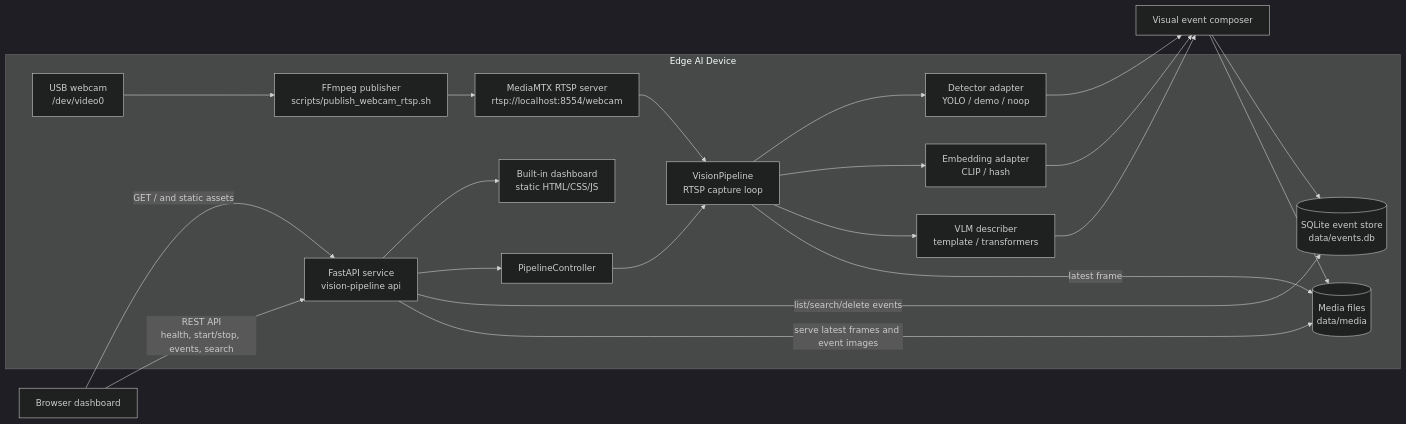
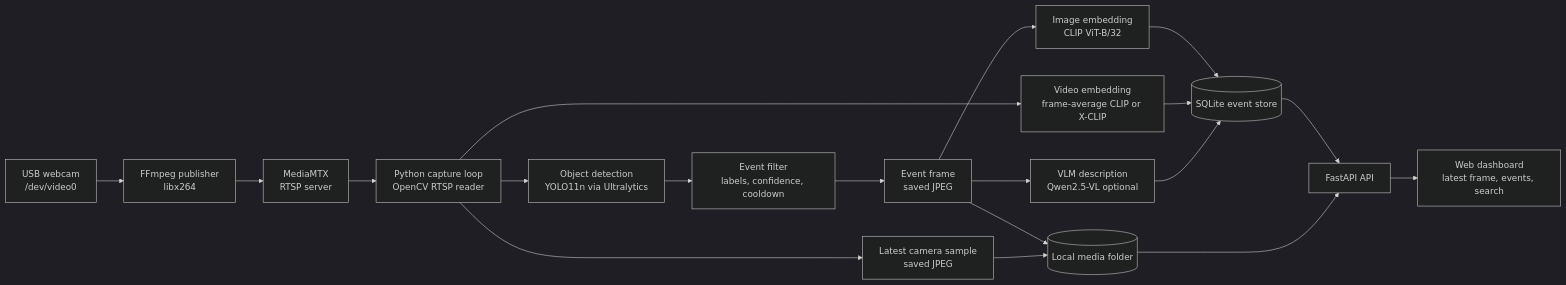
The diagram in README.md (litmosstest/edgeai-dx_visionpipeline), drawn with Mermaid (dark theme) before and after one commit. The commit also changed other lines of this file and 13 other files, not shown here.

Commit message:
Initial edge AI vision pipeline demo

````diff
--- a/README.md
+++ b/README.md
@@ -37,34 +11,26 @@
 ```mermaid
 flowchart LR
-  subgraph Edge_Device[Edge AI Device]
-    Camera[USB webcam<br/>/dev/video0]
-    FFmpeg[FFmpeg publisher<br/>scripts/publish_webcam_rtsp.sh]
-    MediaMTX[MediaMTX RTSP server<br/>rtsp://localhost:8554/webcam]
-    API[FastAPI service<br/>vision-pipeline api]
-    Controller[PipelineController]
-    Capture[VisionPipeline<br/>RTSP capture loop]
-    Detector[Detector adapter<br/>YOLO / demo / noop]
-    Embedder[Embedding adapter<br/>CLIP / hash]
-    VLM[VLM describer<br/>template / transformers]
-    Store[(SQLite event store<br/>data/events.db)]
-    Media[(Media files<br/>data/media)]
-    Static[Built-in dashboard<br/>static HTML/CSS/JS]
-  end
+  A[USB webcam<br/>/dev/video0] --> B[FFmpeg publisher<br/>libx264]
+  B --> C[MediaMTX<br/>RTSP server]
+  C --> D[Python capture loop<br/>OpenCV RTSP reader]
 
-  Browser[Browser dashboard] -->|GET / and static assets| API
-  Browser -->|REST API<br/>health, start/stop, events, search| API
-  Camera --> FFmpeg --> MediaMTX --> Capture
-  API --> Static
-  API --> Controller --> Capture
-  Capture --> Detector
-  Capture --> Embedder
-  Capture --> VLM
-  Detector --> Event[Visual event composer]
-  Embedder --> Event
-  VLM --> Event
-  Capture -->|latest frame| Media
-  Event --> Store
-  Event --> Media
-  API -->|list/search/delete events| Store
-  API -->|serve latest frames and event images| Media
+  D --> E[Object detection<br/>YOLO11n via Ultralytics]
+  E --> F[Event filter<br/>labels, confidence, cooldown]
+
+  D --> G[Latest camera sample<br/>saved JPEG]
+  F --> H[Event frame<br/>saved JPEG]
+
+  H --> I[Image embedding<br/>CLIP ViT-B/32]
+  D --> J[Video embedding<br/>frame-average CLIP or X-CLIP]
+  H --> K[VLM description<br/>Qwen2.5-VL optional]
+
+  I --> L[(SQLite event store)]
+  J --> L
+  K --> L
+  H --> M[(Local media folder)]
+  G --> M
+
+  L --> N[FastAPI API]
+  M --> N
+  N --> O[Web dashboard<br/>latest frame, events, search]
 ```
````
